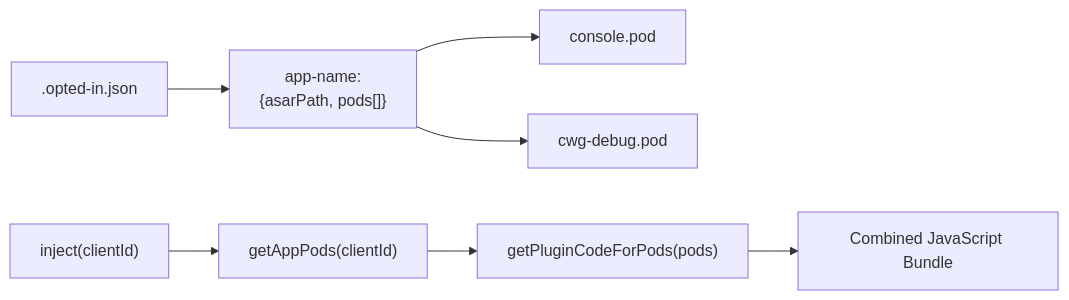
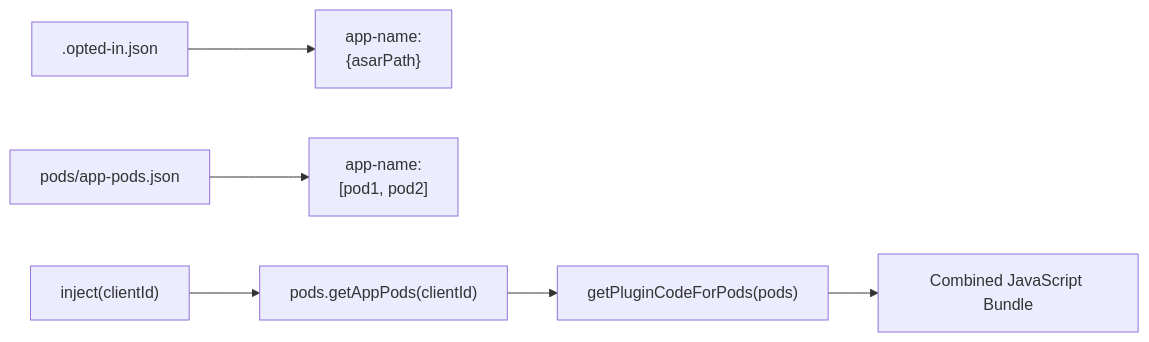
One commit to jerroldneal/podbay changed the sixth of 17 diagrams in ARCHITECTURE.md. Above: the diagram before and after it, drawn with Mermaid. The commit also changed other lines of this file and 2 other files, not shown here.

First line of the commit message:
docs: update README and ARCHITECTURE for bootstrap refactor

````diff
--- a/ARCHITECTURE.md
+++ b/ARCHITECTURE.md
@@ -261,10 +265,9 @@
 ```mermaid
 flowchart LR
-    Registry[".opted-in.json"] --> AppEntry["app-name:<br/>{asarPath, pods[]}"]
-    AppEntry --> Pod1["console.pod"]
-    AppEntry --> Pod2["cwg-debug.pod"]
+    Registry[".opted-in.json"] --> AppEntry["app-name:<br/>{asarPath}"]
+    AppPods["pods/app-pods.json"] --> Mapping["app-name:<br/>[pod1, pod2]"]
 
-    InjectRequest["inject(clientId)"] --> Lookup["getAppPods(clientId)"]
+    InjectRequest["inject(clientId)"] --> Lookup["pods.getAppPods(clientId)"]
     Lookup --> Resolve["getPluginCodeForPods(pods)"]
     Resolve --> Bundle["Combined JavaScript Bundle"]
 ```
````
